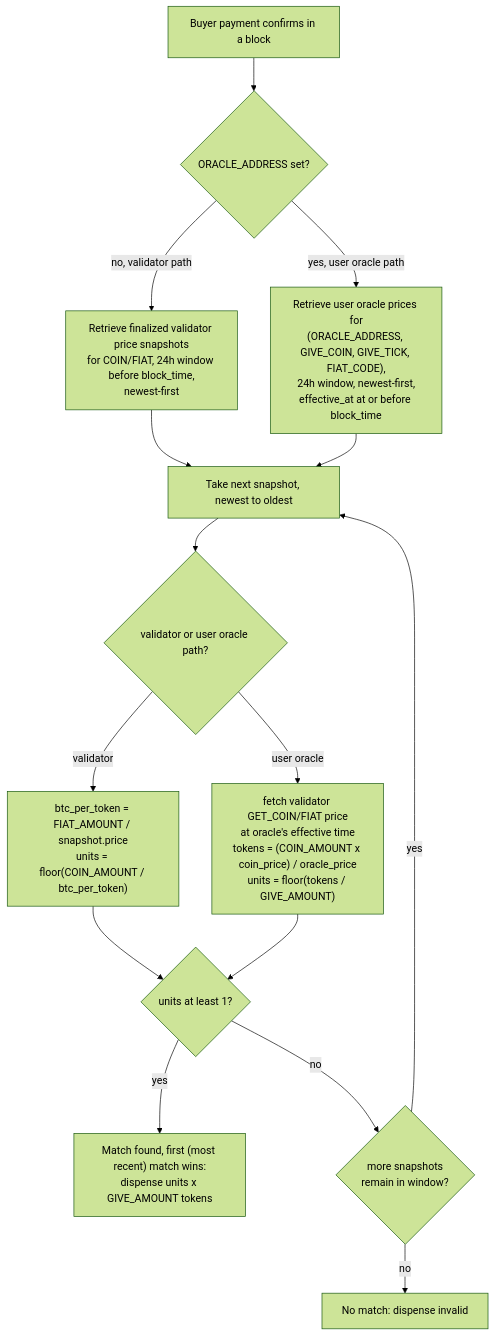
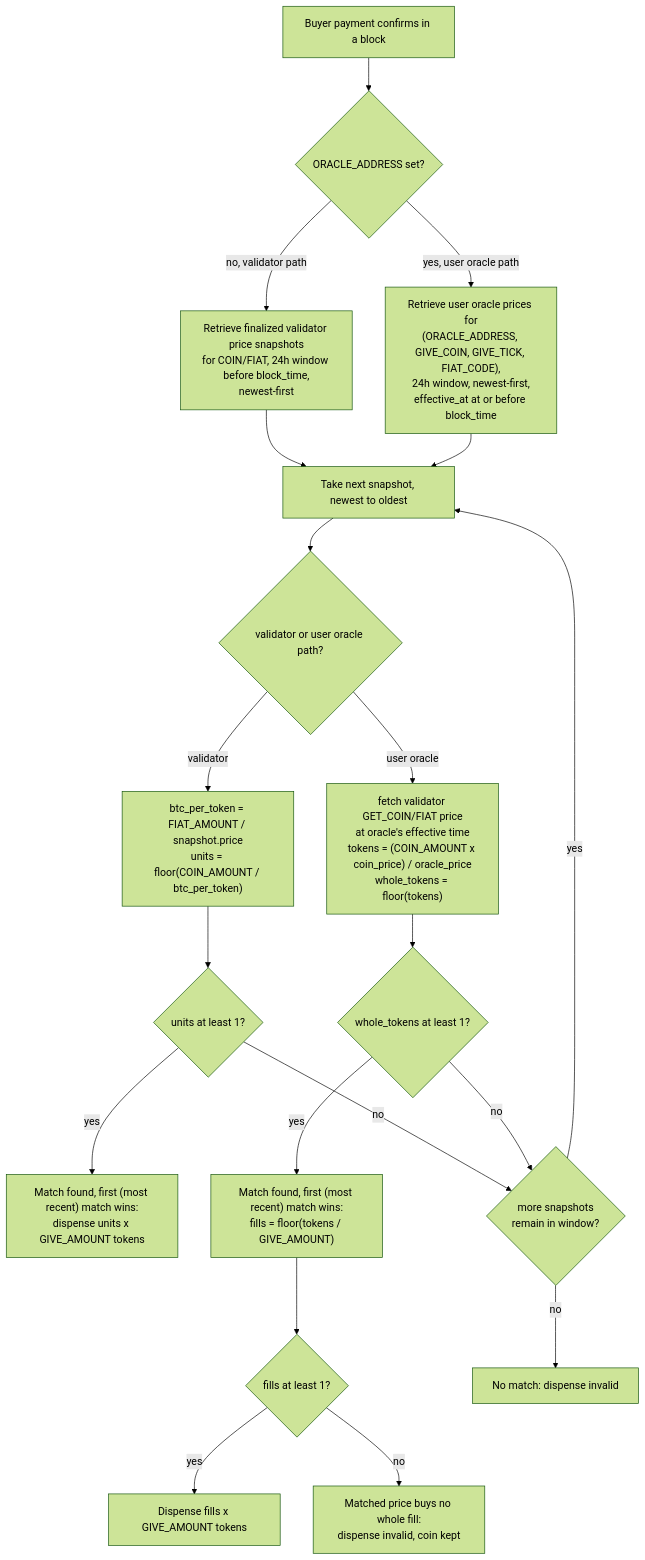
Before and after one commit to XChain-Platform/xchain-documentation: the third of 3 diagrams in protocol/actions/dispenser.md, drawn with Mermaid (forest theme). The commit also changed 1 other file, not shown here.

Commit message:
Fix the reverse oracle price matching flowchart
The user-oracle branch now matches the first price that covers one whole token, then computes fills, and a match that buys no whole fill ends invalid with the coin kept. Older prices are never tried after that match, which is what the indexer does.

````diff
--- a/protocol/actions/dispenser.md
+++ b/protocol/actions/dispenser.md
@@ -240,17 +240,22 @@
 ```mermaid
 flowchart TD
     A["Buyer payment confirms in a block"] --> B{"ORACLE_ADDRESS set?"}
     B -->|"no, validator path"| C["Retrieve finalized validator price snapshots<br>for COIN/FIAT, 24h window before block_time,<br>newest-first"]
     B -->|"yes, user oracle path"| D["Retrieve user oracle prices for<br>(ORACLE_ADDRESS, GIVE_COIN, GIVE_TICK, FIAT_CODE),<br>24h window, newest-first,<br>effective_at at or before block_time"]
     C --> E["Take next snapshot, newest to oldest"]
     D --> E
     E --> F{"validator or user oracle path?"}
     F -->|"validator"| G["btc_per_token = FIAT_AMOUNT / snapshot.price<br>units = floor(COIN_AMOUNT / btc_per_token)"]
-    F -->|"user oracle"| H["fetch validator GET_COIN/FIAT price<br>at oracle's effective time<br>tokens = (COIN_AMOUNT x coin_price) / oracle_price<br>units = floor(tokens / GIVE_AMOUNT)"]
+    F -->|"user oracle"| H["fetch validator GET_COIN/FIAT price<br>at oracle's effective time<br>tokens = (COIN_AMOUNT x coin_price) / oracle_price<br>whole_tokens = floor(tokens)"]
     G --> I{"units at least 1?"}
-    H --> I
     I -->|"yes"| J["Match found, first (most recent) match wins:<br>dispense units x GIVE_AMOUNT tokens"]
     I -->|"no"| K{"more snapshots<br>remain in window?"}
+    H --> M{"whole_tokens at least 1?"}
+    M -->|"yes"| N["Match found, first (most recent) match wins:<br>fills = floor(tokens / GIVE_AMOUNT)"]
+    M -->|"no"| K
+    N --> O{"fills at least 1?"}
+    O -->|"yes"| P["Dispense fills x GIVE_AMOUNT tokens"]
+    O -->|"no"| Q["Matched price buys no whole fill:<br>dispense invalid, coin kept"]
     K -->|"yes"| E
     K -->|"no"| L["No match: dispense invalid"]
 ```
````
